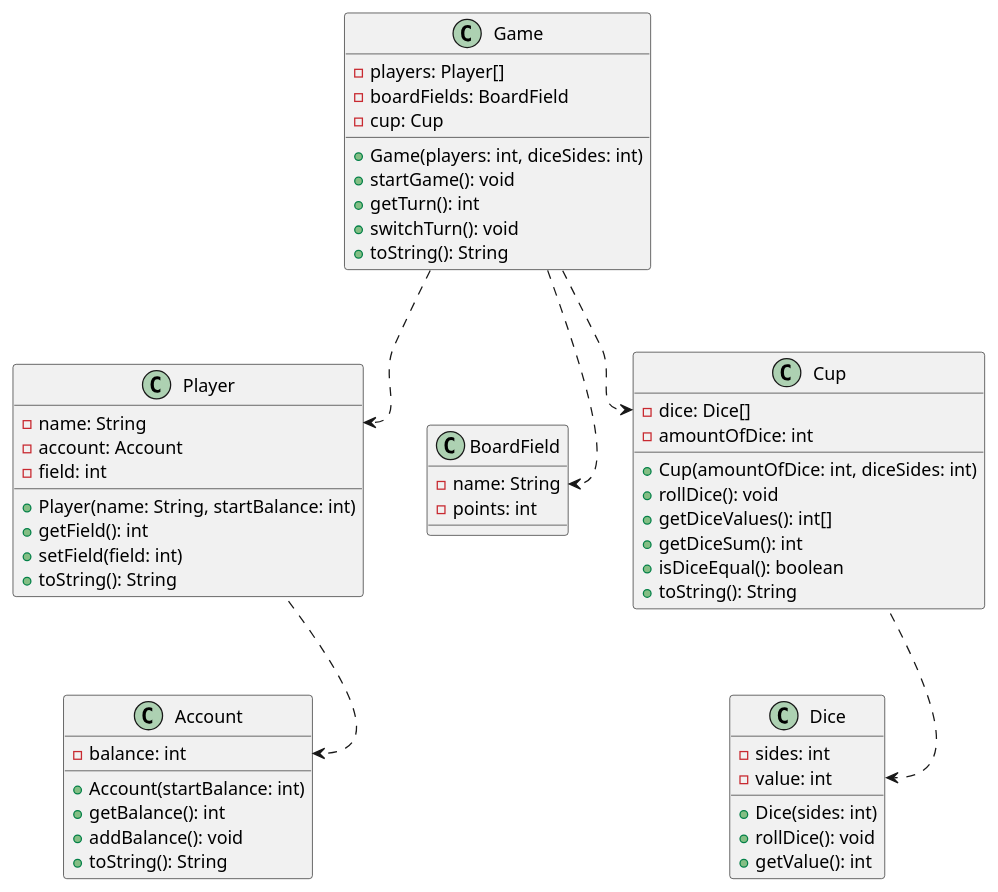
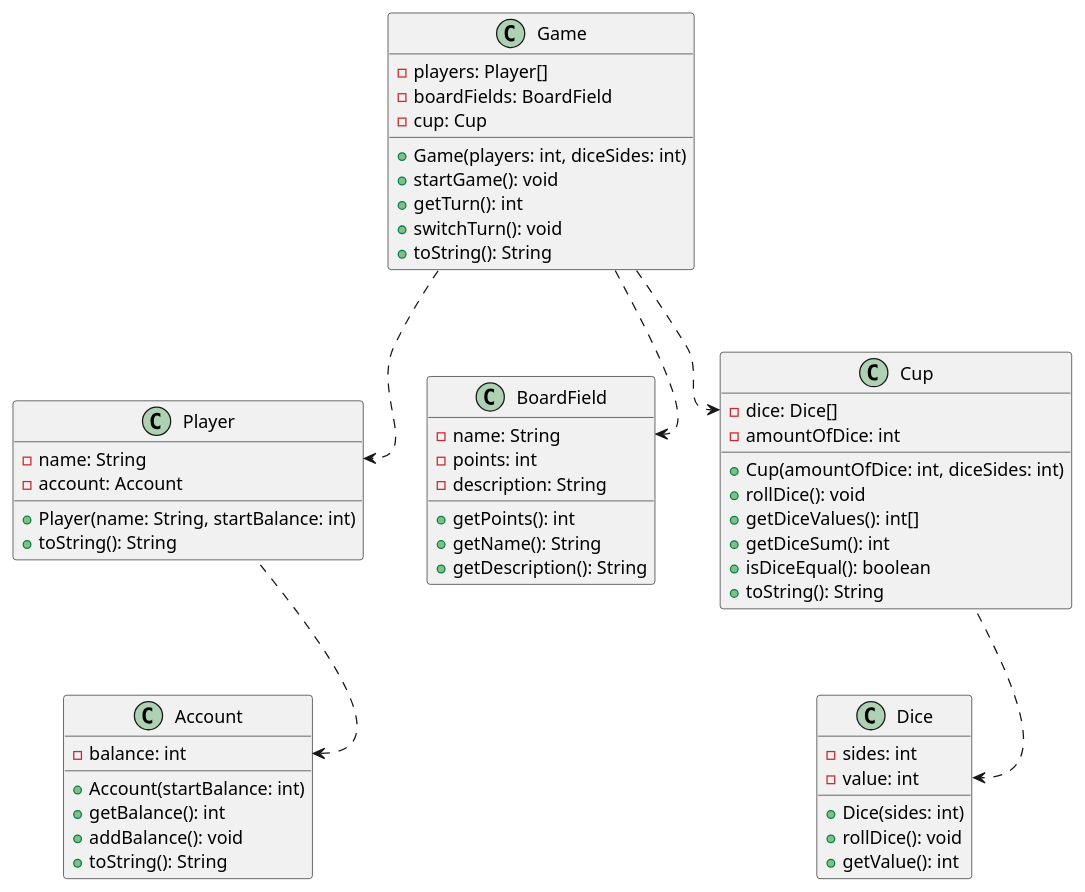
Before and after one commit to CDIO-gruppe-13/CDIO-Del-2: the diagram in class_diagram.wsd, drawn with PlantUML.

Commit message:
added to BoardField class

```diff
--- a/class_diagram.wsd
+++ b/class_diagram.wsd
@@ -6,62 +6,63 @@
 @startuml class_diagram
 'skinparam classAttributeIconSize 0
 
 class Game {
     -players: Player[]
     -boardFields: BoardField
     -cup: Cup
     +Game(players: int, diceSides: int)
     +startGame(): void
     +getTurn(): int
     +switchTurn(): void
     +toString(): String
 }
 
 class Player {
     -name: String
     -account: Account
-    -field: int
     +Player(name: String, startBalance: int)
-    +getField(): int
-    +setField(field: int)
     +toString(): String
 }
 
 class BoardField {
     -name: String
     -points: int
+    -description: String
+    +getPoints(): int
+    +getName(): String
+    +getDescription(): String
 }
 
 class Cup {
     -dice: Dice[]
     -amountOfDice: int
     +Cup(amountOfDice: int, diceSides: int)
     +rollDice(): void
     +getDiceValues(): int[]
     +getDiceSum(): int
     +isDiceEqual(): boolean
     +toString(): String
 }
 
 class Dice {
     -sides: int
     -value: int
     +Dice(sides: int)
     +rollDice(): void
     +getValue(): int
 }
 
 class Account {
     -balance: int
     +Account(startBalance: int)
     +getBalance(): int
     +addBalance(): void
     +toString(): String
 }
 
 Game ..> Player::name
 Game ..> BoardField::name
 Game ..> Cup::dice
 Cup ..> Dice::value
 Player ..> Account::balance
 @enduml
```
